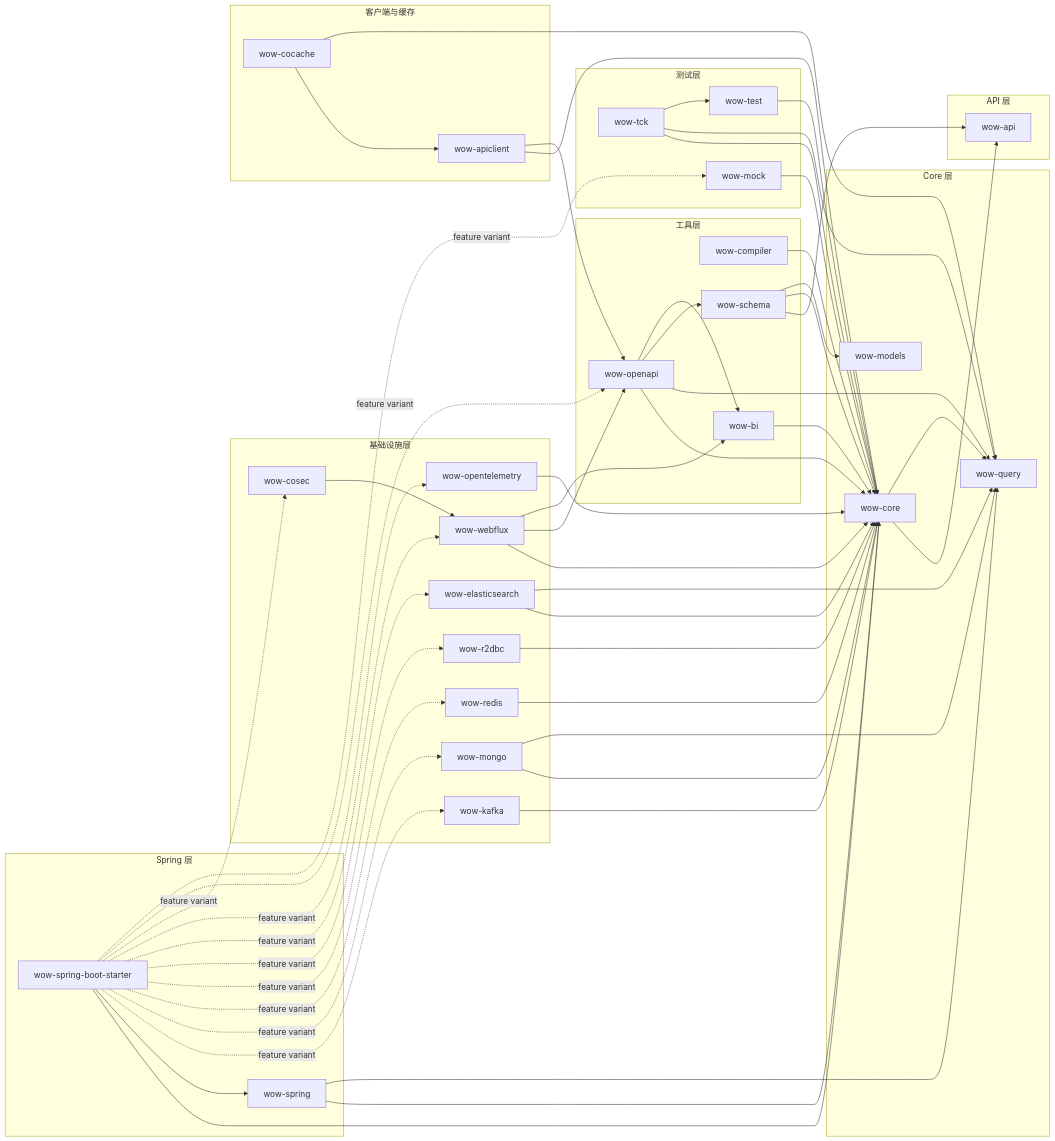
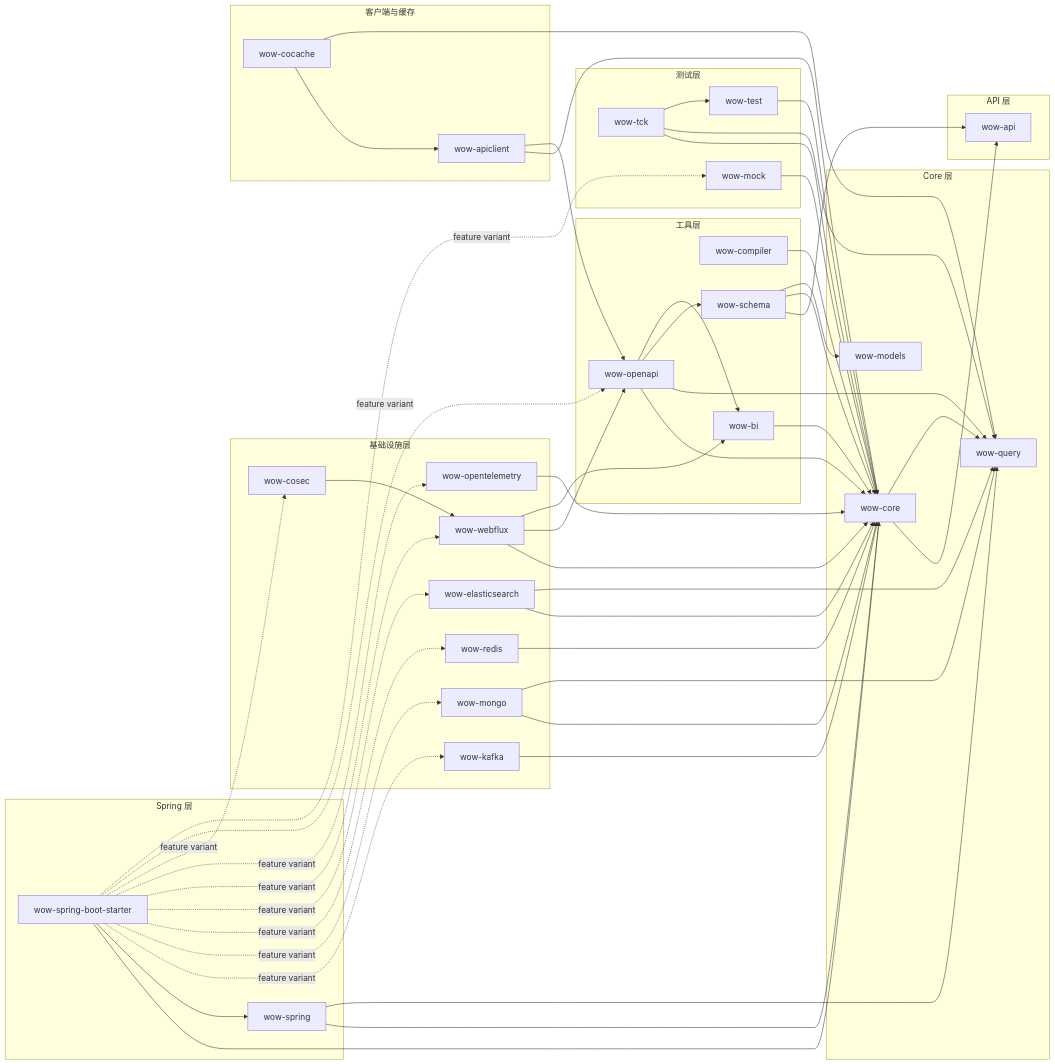
One commit to Ahoo-Wang/Wow changed the first of 3 diagrams in documentation/docs/zh/guide/advanced/module-dependencies.md. Above: the diagram before and after it, drawn with Mermaid. The commit also changed other lines of this file and 92 other files, not shown here.

Commit message:
refactor: remove r2dbc and core sharding

```diff
--- a/documentation/docs/zh/guide/advanced/module-dependencies.md
+++ b/documentation/docs/zh/guide/advanced/module-dependencies.md
@@ -67,7 +66,6 @@
         wow_kafka["wow-kafka"]
         wow_mongo["wow-mongo"]
         wow_redis["wow-redis"]
-        wow_r2dbc["wow-r2dbc"]
         wow_es["wow-elasticsearch"]
         wow_webflux["wow-webflux"]
         wow_otel["wow-opentelemetry"]
@@ -111,7 +109,6 @@
     wow_mongo --> wow_core
     wow_mongo --> wow_query
     wow_redis --> wow_core
-    wow_r2dbc --> wow_core
     wow_es --> wow_core
     wow_es --> wow_query
     wow_webflux --> wow_core
@@ -137,7 +134,6 @@
     wow_boot -.->|"feature variant"| wow_kafka
     wow_boot -.->|"feature variant"| wow_mongo
     wow_boot -.->|"feature variant"| wow_redis
-    wow_boot -.->|"feature variant"| wow_r2dbc
     wow_boot -.->|"feature variant"| wow_es
     wow_boot -.->|"feature variant"| wow_webflux
     wow_boot -.->|"feature variant"| wow_otel
```
